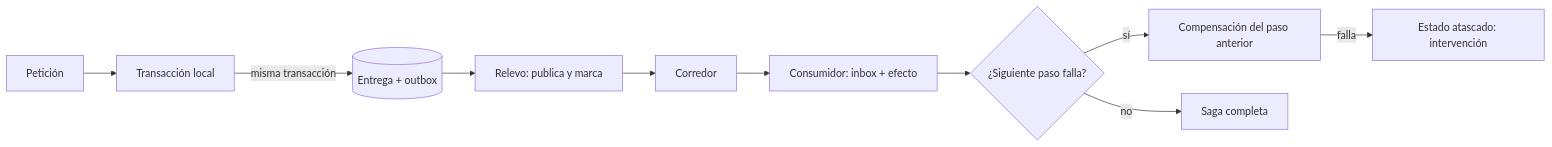
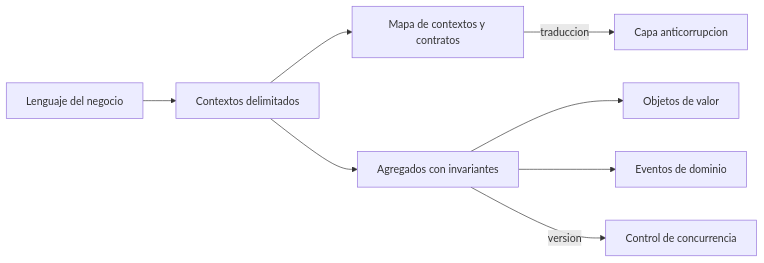
Before and after one commit to vladimiracunadev-create/modern-software-engineering-program: the diagram in content/part-27/SE-329.md, drawn with Mermaid. The commit also changed other lines of this file and 5193 other files, not shown here.

````diff
--- a/content/part-27/SE-329.md
+++ b/content/part-27/SE-329.md
@@ -55,12 +54,10 @@
 ```mermaid
 flowchart LR
-    A[Petición] --> B[Transacción local]
-    B -->|misma transacción| C[(Entrega + outbox)]
-    C --> D[Relevo: publica y marca]
-    D --> E[Corredor]
-    E --> F[Consumidor: inbox + efecto]
-    F --> G{¿Siguiente paso falla?}
-    G -->|sí| H[Compensación del paso anterior]
-    G -->|no| I[Saga completa]
-    H -->|falla| J[Estado atascado: intervención]
+    L[Lenguaje del negocio] --> C[Contextos delimitados]
+    C --> M[Mapa de contextos y contratos]
+    C --> A[Agregados con invariantes]
+    A --> V[Objetos de valor]
+    A --> E[Eventos de dominio]
+    M -->|traduccion| X[Capa anticorrupcion]
+    A -->|version| K[Control de concurrencia]
 ```
````
